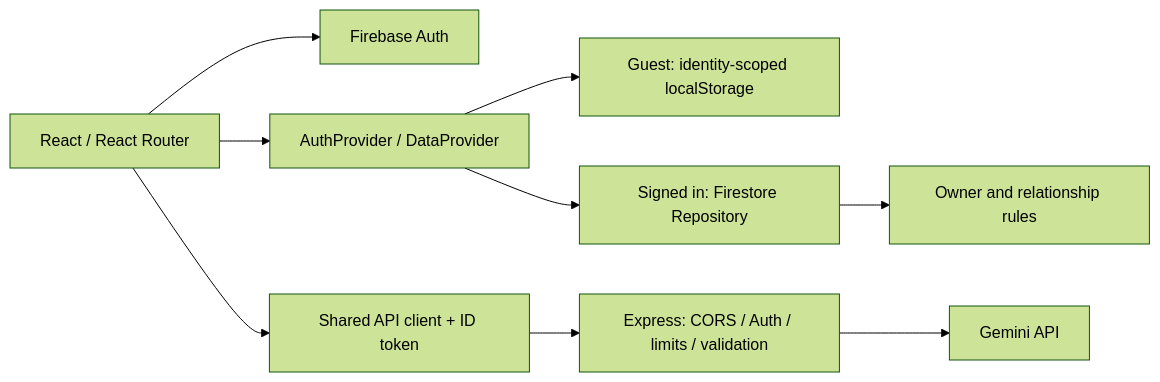
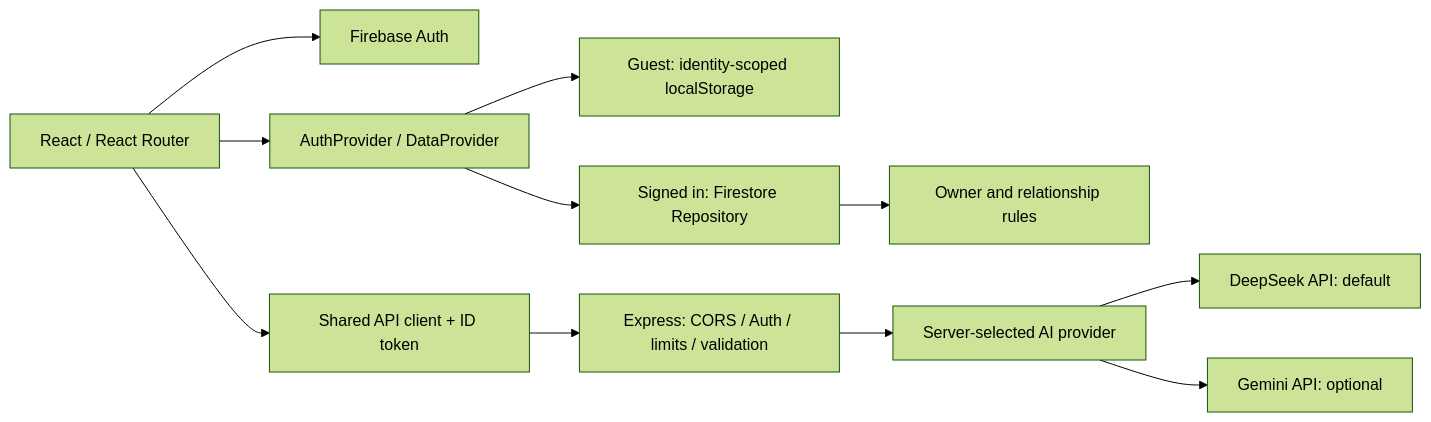
One commit to LHY-dlut/Career-os changed the diagram in docs/ARCHITECTURE.md. Above: the diagram before and after it, drawn with Mermaid (forest theme). The commit also changed other lines of this file and 17 other files, not shown here.

Commit message:
feat: use DeepSeek V4.1 Flash as the default AI provider

````diff
--- a/docs/ARCHITECTURE.md
+++ b/docs/ARCHITECTURE.md
@@ -5,11 +5,13 @@
 ```mermaid
 flowchart LR
   Browser[React / React Router] --> Auth[Firebase Auth]
   Browser --> Providers[AuthProvider / DataProvider]
   Providers --> Local[Guest: identity-scoped localStorage]
   Providers --> Cloud[Signed in: Firestore Repository]
   Cloud --> Rules[Owner and relationship rules]
   Browser --> Client[Shared API client + ID token]
   Client --> API[Express: CORS / Auth / limits / validation]
-  API --> Gemini[Gemini API]
+  API --> Provider[Server-selected AI provider]
+  Provider --> DeepSeek[DeepSeek API: default]
+  Provider --> Gemini[Gemini API: optional]
 ```
````
